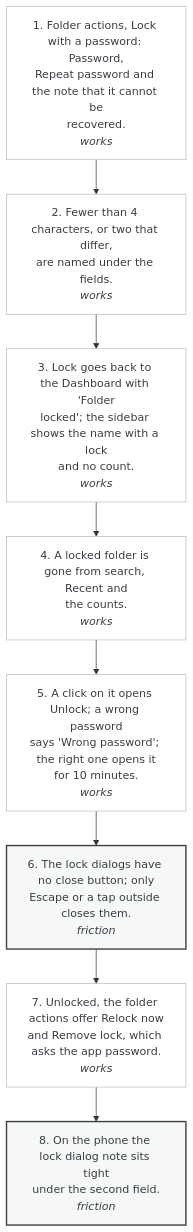
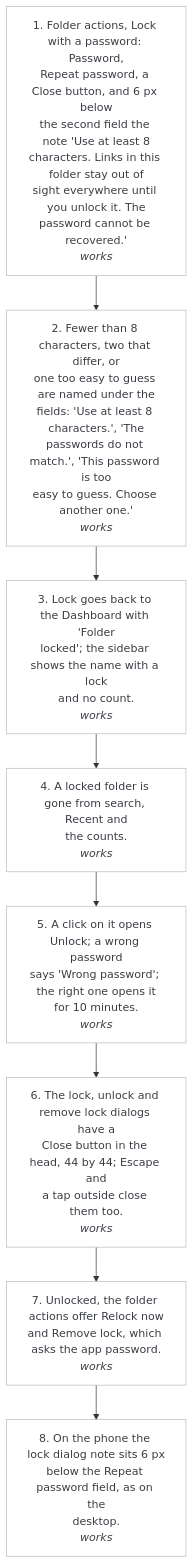
Before and after one commit to pinned-cc/pinned: the diagram in design/wireframes/flows/05-locked-folders.mmd, drawn with Mermaid. The commit also changed 24 other files, not shown here.

Commit message:
Wireframes: the flows describe 0.1.12, step texts and verdicts from the flow test of 04.11 and the 0.1.12 build; the lock note, What's new, the extension's http warning and the phone head when the server is down drawn as they are; build.py no longer rewrites the record of 31.10

```diff
--- a/design/wireframes/flows/05-locked-folders.mmd
+++ b/design/wireframes/flows/05-locked-folders.mmd
@@ -1,19 +1,19 @@
 flowchart TD
   classDef works fill:#ffffff,stroke:#b8babe,color:#3a3e44;
   classDef friction fill:#f6f7f7,stroke:#3a3e44,stroke-width:2px,color:#3a3e44;
   classDef broken fill:#ffffff,stroke:#c4362b,stroke-width:2px,color:#c4362b;
-  S1["1. Folder actions, Lock with a password: Password,<br/>Repeat password and the note that it cannot be<br/>recovered.<br/><i>works</i>"]:::works
-  S2["2. Fewer than 4 characters, or two that differ,<br/>are named under the fields.<br/><i>works</i>"]:::works
+  S1["1. Folder actions, Lock with a password: Password,<br/>Repeat password, a Close button, and 6 px below<br/>the second field the note 'Use at least 8<br/>characters. Links in this folder stay out of<br/>sight everywhere until you unlock it. The<br/>password cannot be recovered.'<br/><i>works</i>"]:::works
+  S2["2. Fewer than 8 characters, two that differ, or<br/>one too easy to guess are named under the<br/>fields: 'Use at least 8 characters.', 'The<br/>passwords do not match.', 'This password is too<br/>easy to guess. Choose another one.'<br/><i>works</i>"]:::works
   S3["3. Lock goes back to the Dashboard with 'Folder<br/>locked'; the sidebar shows the name with a lock<br/>and no count.<br/><i>works</i>"]:::works
   S4["4. A locked folder is gone from search, Recent and<br/>the counts.<br/><i>works</i>"]:::works
   S5["5. A click on it opens Unlock; a wrong password<br/>says 'Wrong password'; the right one opens it<br/>for 10 minutes.<br/><i>works</i>"]:::works
-  S6["6. The lock dialogs have no close button; only<br/>Escape or a tap outside closes them.<br/><i>friction</i>"]:::friction
+  S6["6. The lock, unlock and remove lock dialogs have a<br/>Close button in the head, 44 by 44; Escape and<br/>a tap outside close them too.<br/><i>works</i>"]:::works
   S7["7. Unlocked, the folder actions offer Relock now<br/>and Remove lock, which asks the app password.<br/><i>works</i>"]:::works
-  S8["8. On the phone the lock dialog note sits tight<br/>under the second field.<br/><i>friction</i>"]:::friction
+  S8["8. On the phone the lock dialog note sits 6 px<br/>below the Repeat password field, as on the<br/>desktop.<br/><i>works</i>"]:::works
   S1 --> S2
   S2 --> S3
   S3 --> S4
   S4 --> S5
   S5 --> S6
   S6 --> S7
   S7 --> S8
```
